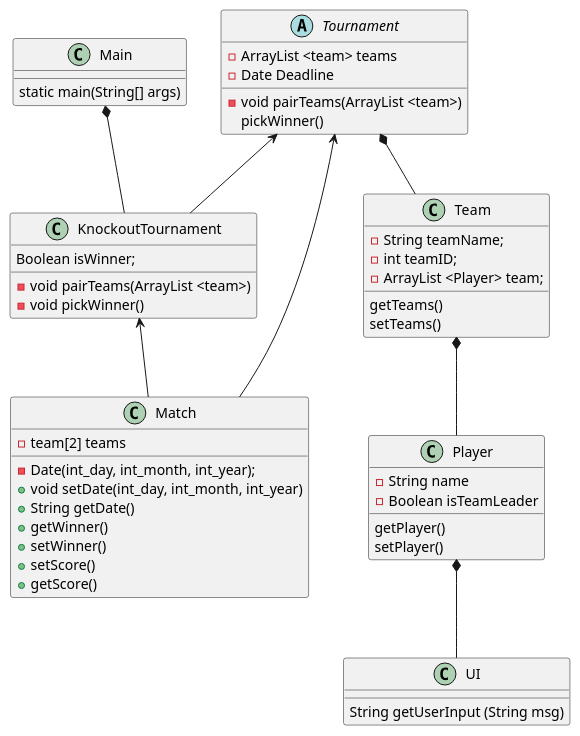
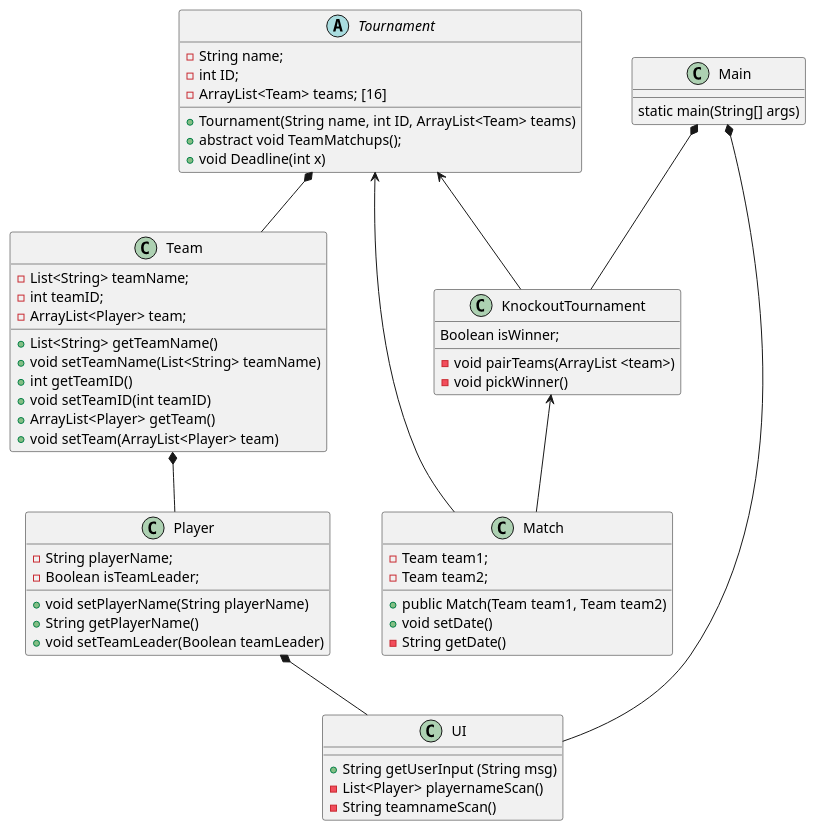
One commit to SimonLyng/SP3 changed the diagram in SP3/out/production/SP3/UML/SP3 klasseDiagram.puml. Above: the diagram before and after it, drawn with PlantUML. The commit also changed 13 other files, not shown here.

```diff
--- a/SP3/out/production/SP3/UML/SP3 klasseDiagram.puml
+++ b/SP3/out/production/SP3/UML/SP3 klasseDiagram.puml
@@ -1,62 +1,70 @@
 @startuml
 'https://plantuml.com/class-diagram
 
 Tournament<--KnockoutTournament
 Team*--Player
 Tournament*--Team
 Player*-- UI
 Main*--KnockoutTournament
 KnockoutTournament<-- Match
 Tournament<-- Match
+Main*-- UI
 
 class Player{
-- String name
-getPlayer()
-setPlayer()
--Boolean isTeamLeader
+- String playerName;
+ -Boolean isTeamLeader;
+ +void setPlayerName(String playerName)
+ +String getPlayerName()
+ +void setTeamLeader(Boolean teamLeader)
 
 }
 
 class Team{
-- String teamName;
-- int teamID;
-- ArrayList <Player> team;
-getTeams()
-setTeams()
+-List<String> teamName;
+-int teamID;
+-ArrayList<Player> team;
++List<String> getTeamName()
++void setTeamName(List<String> teamName)
++int getTeamID()
++void setTeamID(int teamID)
++ArrayList<Player> getTeam()
++void setTeam(ArrayList<Player> team)
 }
 
 abstract class Tournament {
-- ArrayList <team> teams
-- void pairTeams(ArrayList <team>)
-- Date Deadline
-pickWinner()
+-String name;
+-int ID;
+-ArrayList<Team> teams; [16]
++Tournament(String name, int ID, ArrayList<Team> teams)
++abstract void TeamMatchups();
+ +void Deadline(int x)
 
 
 }
 
 class KnockoutTournament {
 Boolean isWinner;
 - void pairTeams(ArrayList <team>)
 -void pickWinner()
 }
 
 class UI {
-String getUserInput (String msg)
++String getUserInput (String msg)
+-List<Player> playernameScan()
+-String teamnameScan()
 }
 
 class Main{
 
 static main(String[] args)
 }
 
 class Match {
--team[2] teams
--Date(int_day, int_month, int_year);
-+void setDate(int_day, int_month, int_year)
-+String getDate()
-+getWinner()
-+setWinner()
-+ setScore()
-+getScore()
+  -Team team1;
+  -Team team2;
+ + public Match(Team team1, Team team2)
+ +void setDate()
+ -String getDate()
+
 }
 @enduml
```
